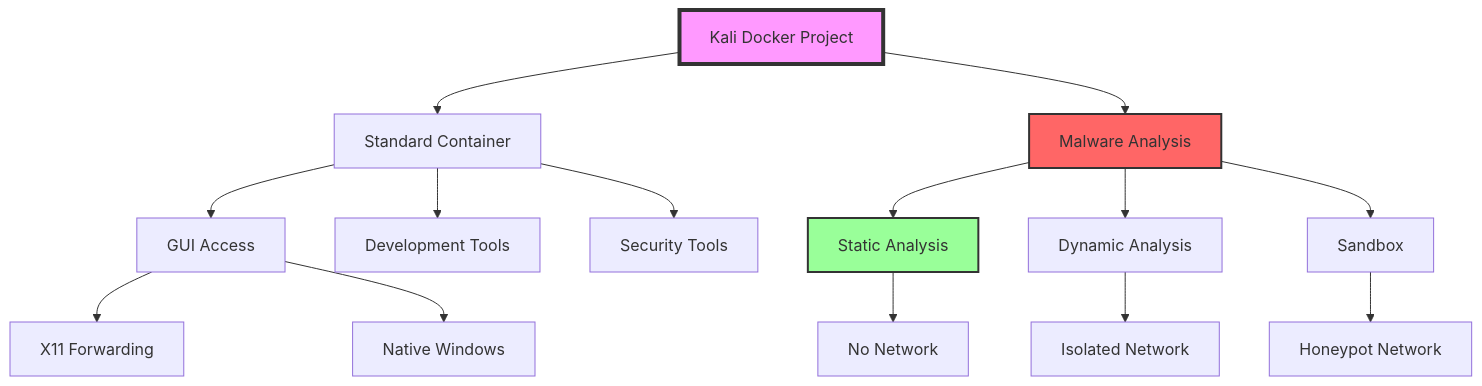
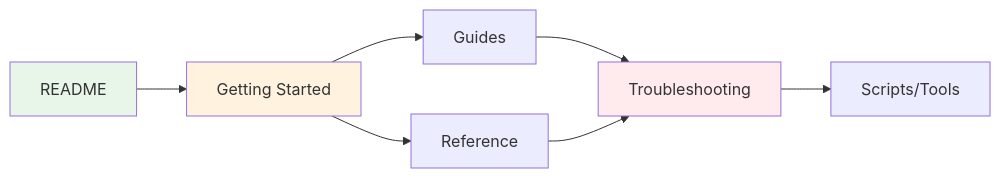
One commit to radicalkjax/Kalis-Kali changed the diagram in docs/README.md. Above: the diagram before and after it, drawn with Mermaid. The commit also changed other lines of this file and 77 other files, not shown here.

````diff
--- a/docs/README.md
+++ b/docs/README.md
@@ -34,24 +116,13 @@
 ```mermaid
-graph TB
-    A[Kali Docker Project] --> B[Standard Container]
-    A --> C[Malware Analysis]
+graph LR
+    A[README] --> B[Getting Started]
+    B --> C[Guides]
+    B --> D[Reference]
+    C --> E[Troubleshooting]
+    D --> E
+    E --> F[Scripts/Tools]
     
-    B --> D[GUI Access]
-    B --> E[Development Tools]
-    B --> F[Security Tools]
-    
-    C --> G[Static Analysis]
-    C --> H[Dynamic Analysis]
-    C --> I[Sandbox]
-    
-    D --> J[X11 Forwarding]
-    D --> K[Native Windows]
-    
-    G --> L[No Network]
-    H --> M[Isolated Network]
-    I --> N[Honeypot Network]
-    
-    style A fill:#f9f,stroke:#333,stroke-width:4px
-    style C fill:#f66,stroke:#333,stroke-width:2px
-    style G fill:#9f9,stroke:#333,stroke-width:2px
+    style A fill:#e8f5e9
+    style B fill:#fff3e0
+    style E fill:#ffebee
 ```
````
